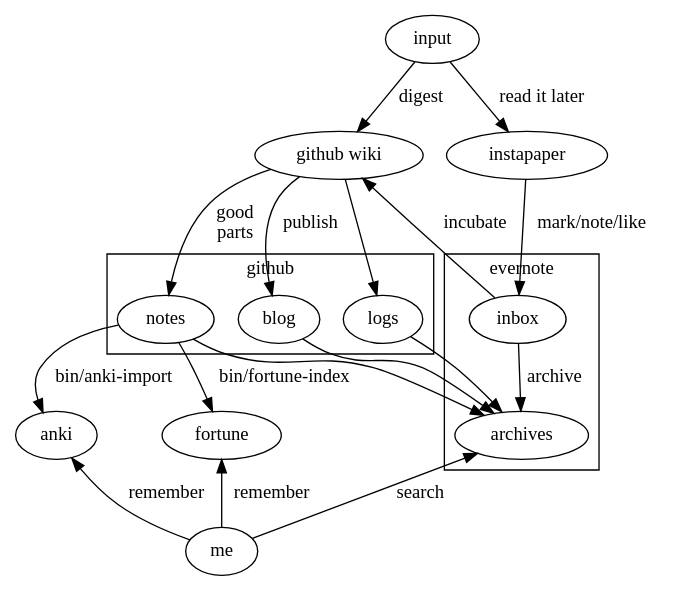
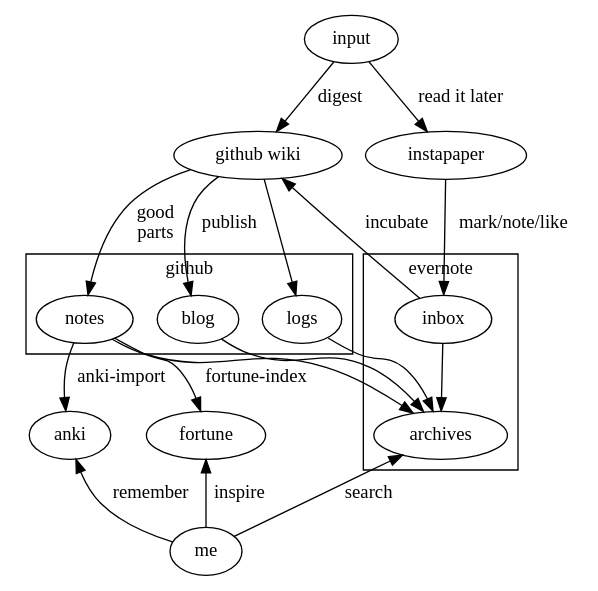
Before and after one commit to cf020031308/cf020031308.github.io: the diagram in drawme.dot, drawn with Graphviz. The commit also changed 1 other file, not shown here.

```diff
--- a/drawme.dot
+++ b/drawme.dot
@@ -1,34 +1,35 @@
 strict digraph {
     input [label="input"];
     wiki [label="github wiki"];
     instapaper [label="instapaper"];
     subgraph cluster_evernote {
         label="evernote";
         inbox [label="inbox"];
         archives [label="archives"];
     }
     subgraph cluster_github {
         label="github";
         notes [label="notes"];
         blog [label="blog"];
         logs [label="logs"];
     }
     anki [label="anki"];
     fortune [label="fortune"];
     me [label="me"];
 
     input -> wiki [label="digest"];
     input -> instapaper [label="read it later"];
     instapaper -> inbox [label="mark/note/like"];
     inbox -> wiki [label="incubate"];
-    inbox -> archives [label="archive"];
+    inbox -> archives;
     wiki -> notes [label="good\nparts"];
     wiki -> blog [label="publish"];
     wiki -> logs;
-    { notes, logs, blog } -> archives;
-    notes -> anki [label="bin/anki-import"];
-    notes -> fortune [label="bin/fortune-index"];
+    { notes, blog, logs } -> archives;
+    notes -> anki [label="anki-import"];
+    notes -> fortune [label="fortune-index"];
 
-    { anki, fortune } -> me [label="remember", dir=back];
+    anki -> me [label="remember", dir=back];
+    fortune -> me [label="inspire", dir=back];
     archives -> me [label="search", dir=back];
 }
```
